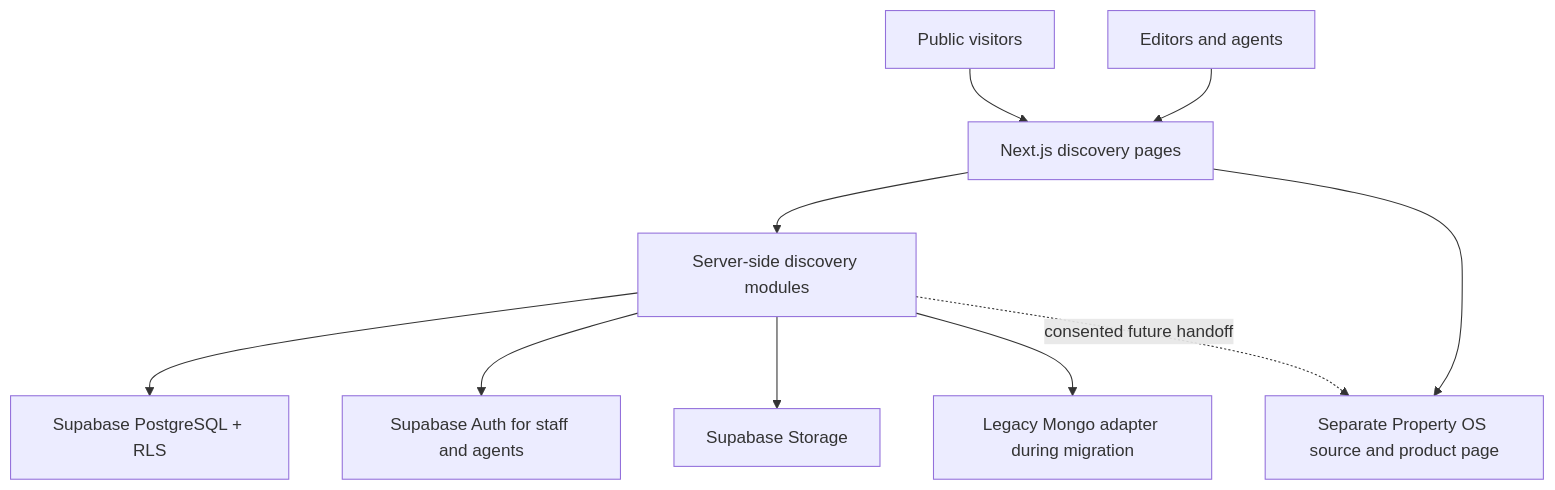
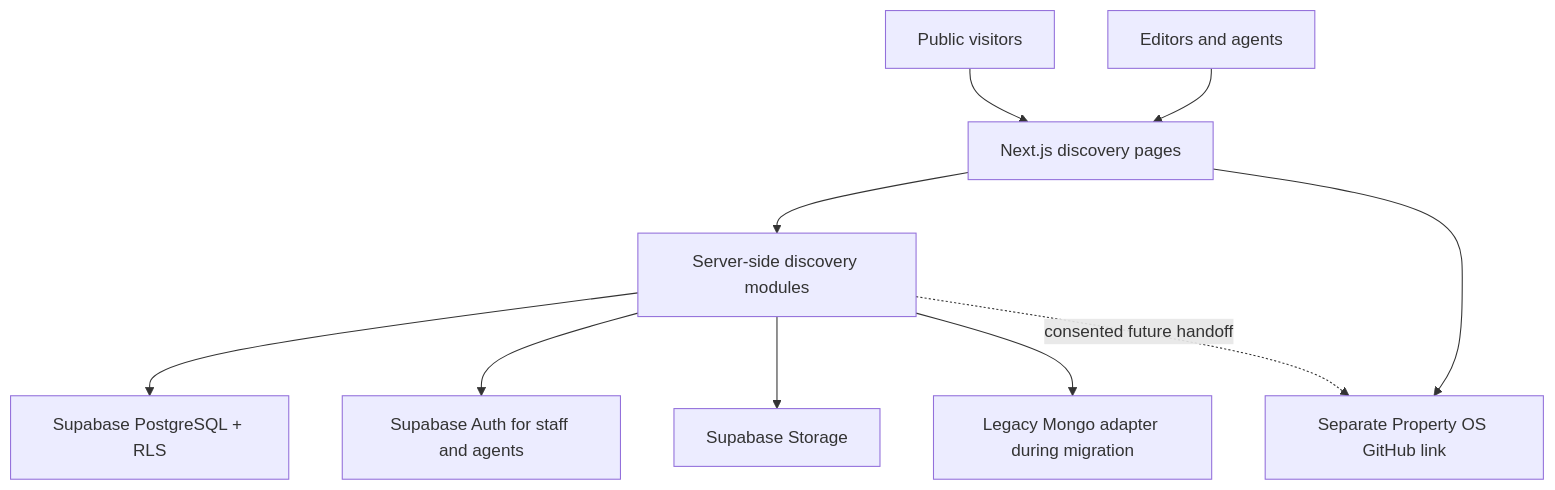
Before and after one commit to RealEstateSassApplication/AvaraRealEstate: the diagram in docs/discovery/ARCHITECTURE.md, drawn with Mermaid. The commit also changed 18 other files, not shown here.

````diff
--- a/docs/discovery/ARCHITECTURE.md
+++ b/docs/discovery/ARCHITECTURE.md
@@ -6,12 +6,12 @@
 ```mermaid
 flowchart TD
   V[Public visitors] --> N[Next.js discovery pages]
   E[Editors and agents] --> N
   N --> D[Server-side discovery modules]
   D --> S[Supabase PostgreSQL + RLS]
   D --> A[Supabase Auth for staff and agents]
   D --> B[Supabase Storage]
   D --> M[Legacy Mongo adapter during migration]
-  N --> O[Separate Property OS source and product page]
+  N --> O[Separate Property OS GitHub link]
   D -. consented future handoff .-> O
 ```
````
